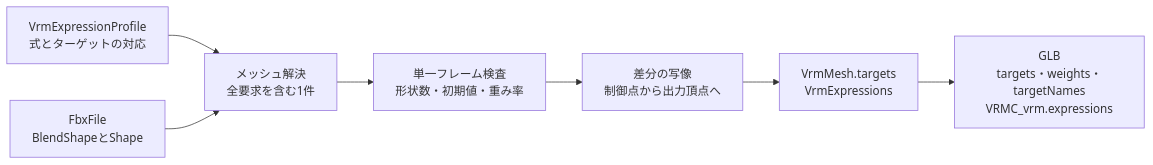
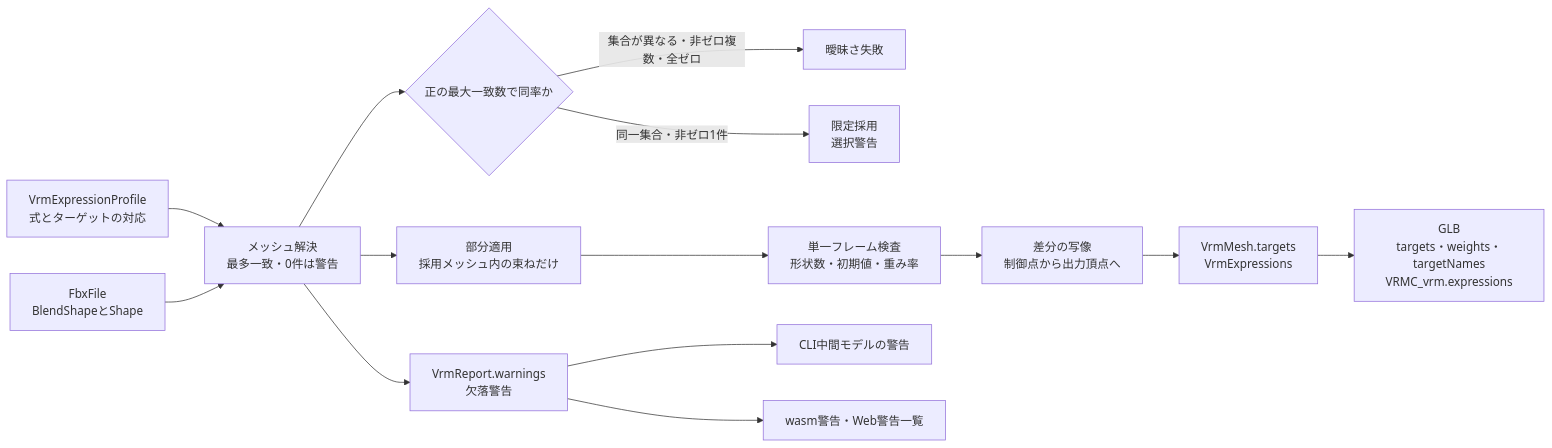
Before and after one commit to halby24/vrctom: the diagram in design/VRM表情.md, drawn with Mermaid. The commit also changed other lines of this file and 24 other files, not shown here.

````diff
--- a/design/VRM表情.md
+++ b/design/VRM表情.md
@@ -16,9 +16,16 @@
 ```mermaid
 flowchart LR
-    profile[VrmExpressionProfile<br/>式とターゲットの対応] --> resolve[メッシュ解決<br/>全要求を含む1件]
+    profile[VrmExpressionProfile<br/>式とターゲットの対応] --> resolve[メッシュ解決<br/>最多一致・0件は警告]
+    resolve --> tie{正の最大一致数で同率か}
+    tie -->|集合が異なる・非ゼロ複数・全ゼロ| amb[曖昧さ失敗]
+    tie -->|同一集合・非ゼロ1件| adopt[限定採用<br/>選択警告]
     fbx[FbxFile<br/>BlendShapeとShape] --> resolve
-    resolve --> single[単一フレーム検査<br/>形状数・初期値・重み率]
+    resolve --> partial[部分適用<br/>採用メッシュ内の束ねだけ]
+    partial --> single[単一フレーム検査<br/>形状数・初期値・重み率]
     single --> delta[差分の写像<br/>制御点から出力頂点へ]
     delta --> mid[VrmMesh.targets<br/>VrmExpressions]
     mid --> glb[GLB<br/>targets・weights・targetNames<br/>VRMC_vrm.expressions]
+    resolve --> warn[VrmReport.warnings<br/>欠落警告]
+    warn --> cli[CLI中間モデルの警告]
+    warn --> web[wasm警告・Web警告一覧]
 ```
````
